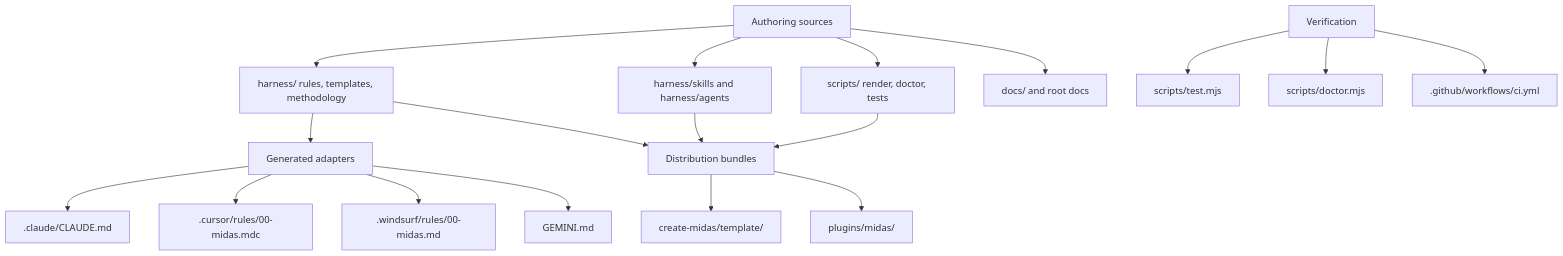
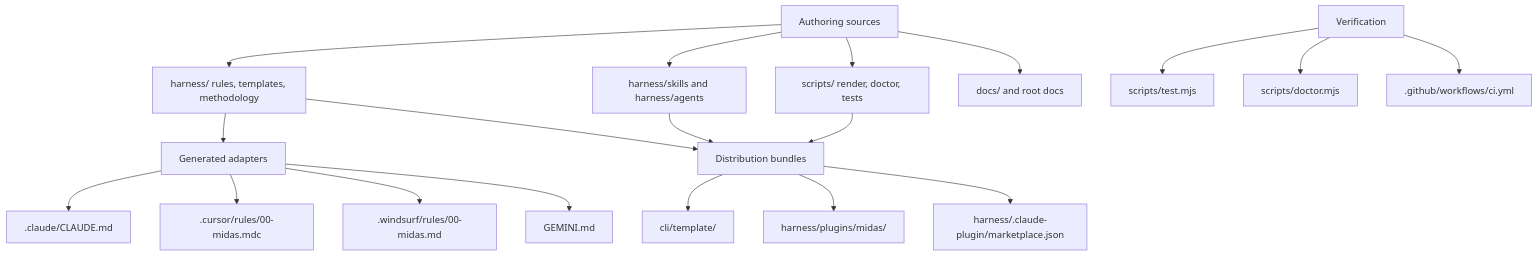
The first of 2 diagrams in docs/repository-architecture.md (okuzpe/midas-harness), drawn with Mermaid before and after one commit. The commit also changed other lines of this file and 837 other files, not shown here.

````diff
--- a/docs/repository-architecture.md
+++ b/docs/repository-architecture.md
@@ -17,45 +17,47 @@
 ```mermaid
 flowchart TD
   Sources["Authoring sources"]
   Harness["harness/ rules, templates, methodology"]
   Skills["harness/skills and harness/agents"]
   Scripts["scripts/ render, doctor, tests"]
   Docs["docs/ and root docs"]
 
   Adapters["Generated adapters"]
   ClaudeMd[".claude/CLAUDE.md"]
   CursorRule[".cursor/rules/00-midas.mdc"]
   WindsurfRule[".windsurf/rules/00-midas.md"]
   Gemini["GEMINI.md"]
 
   Bundles["Distribution bundles"]
-  CreateTemplate["create-midas/template/"]
-  PluginTree["plugins/midas/"]
+  CreateTemplate["cli/template/"]
+  PluginTree["harness/plugins/midas/"]
+  MarketplaceCatalog["harness/.claude-plugin/marketplace.json"]
 
   Checks["Verification"]
   TestScript["scripts/test.mjs"]
   Doctor["scripts/doctor.mjs"]
   CI[".github/workflows/ci.yml"]
 
   Sources --> Harness
   Sources --> Skills
   Sources --> Scripts
   Sources --> Docs
 
   Harness --> Adapters
   Skills --> Bundles
   Harness --> Bundles
   Scripts --> Bundles
 
   Adapters --> ClaudeMd
   Adapters --> CursorRule
   Adapters --> WindsurfRule
   Adapters --> Gemini
 
   Bundles --> CreateTemplate
   Bundles --> PluginTree
+  Bundles --> MarketplaceCatalog
 
   Checks --> TestScript
   Checks --> Doctor
   Checks --> CI
 ```
````
